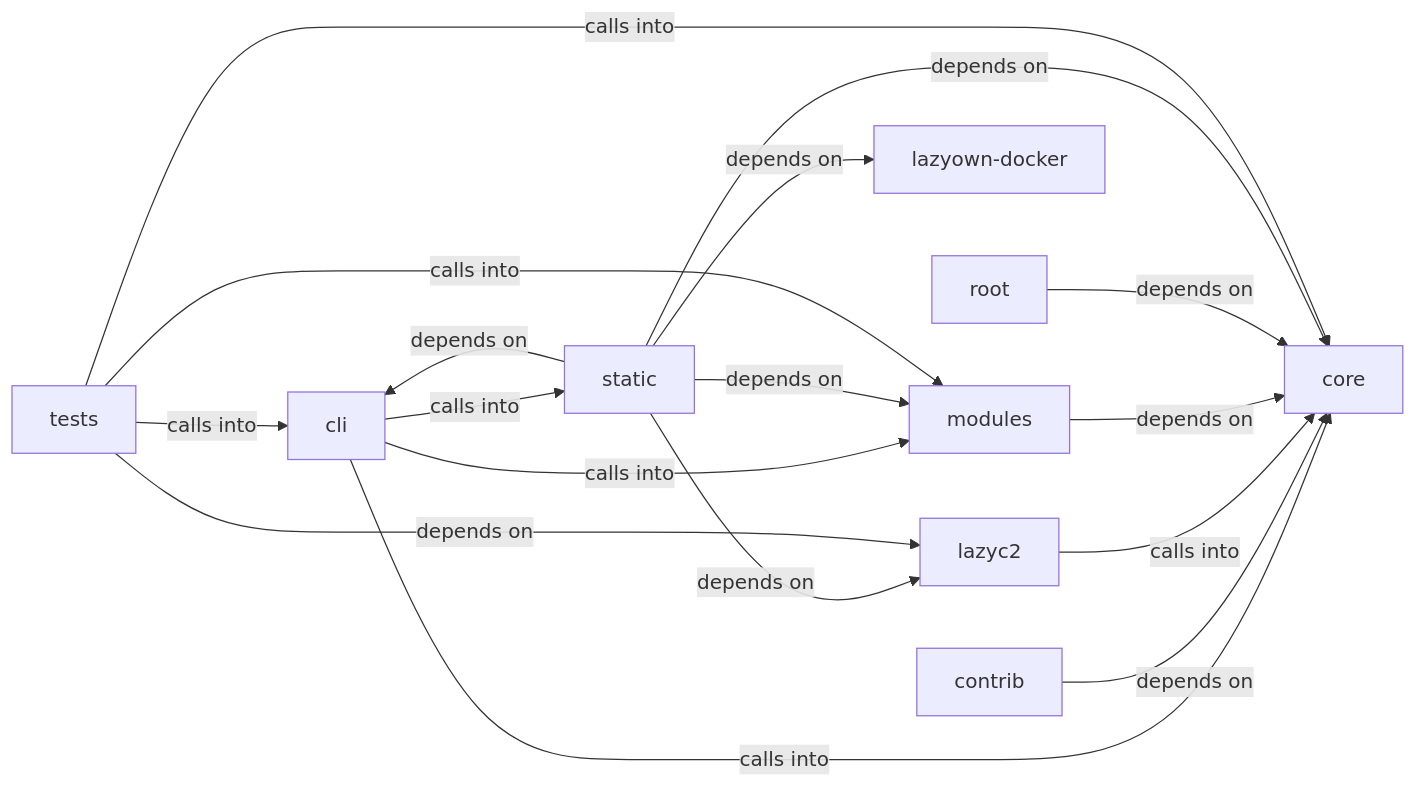
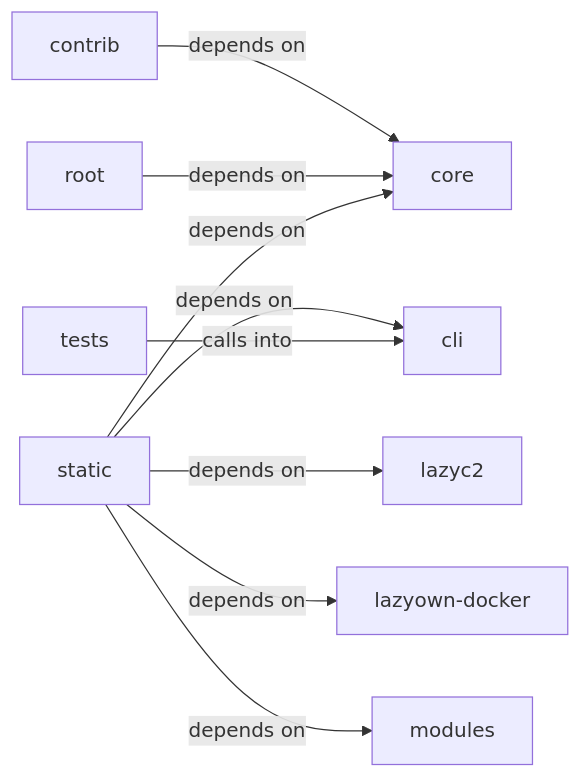
One commit to grisuno/LazyOwn changed the diagram in readmenator-diagrams/static_js.md. Above: the diagram before and after it, drawn with Mermaid. The commit also changed other lines of this file and 1160 other files, not shown here.

````diff
--- a/readmenator-diagrams/static_js.md
+++ b/readmenator-diagrams/static_js.md
@@ -5,28 +5,20 @@
 ```mermaid
 graph LR
     cli["cli"]
     contrib["contrib"]
     core["core"]
     lazyc2["lazyc2"]
     lazyown_docker["lazyown-docker"]
     modules["modules"]
     root["root"]
     static["static"]
     tests["tests"]
-    cli -- "calls into" --> core
-    cli -- "calls into" --> modules
-    cli -- "calls into" --> static
     contrib -- "depends on" --> core
-    lazyc2 -- "calls into" --> core
-    modules -- "depends on" --> core
     root -- "depends on" --> core
     static -- "depends on" --> cli
     static -- "depends on" --> core
     static -- "depends on" --> lazyc2
     static -- "depends on" --> lazyown_docker
     static -- "depends on" --> modules
     tests -- "calls into" --> cli
-    tests -- "calls into" --> core
-    tests -- "depends on" --> lazyc2
-    tests -- "calls into" --> modules
 ```
````
